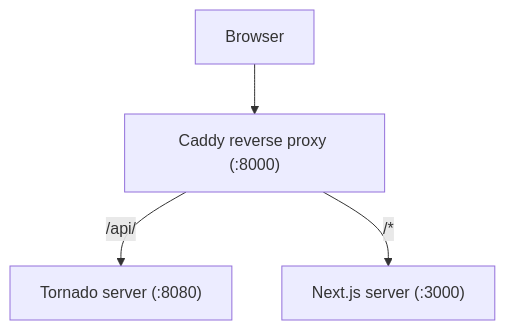
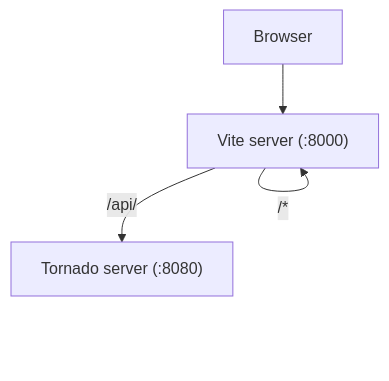
The first of 2 diagrams in app/README.md (ymyzk/mypy-playground), drawn with Mermaid before and after one commit. The commit also changed other lines of this file and 2 other files, not shown here.

Commit message:
Update documentation on request routing

````diff
--- a/app/README.md
+++ b/app/README.md
@@ -6,10 +6,9 @@
 ```mermaid
 graph TD
-    Caddy["Caddy reverse proxy (:8000)"]
-    Next["Next.js server (:3000)"]
+    Vite["Vite server (:8000)"]
     Tornado["Tornado server (:8080)"]
 
-    Browser --> Caddy
-    Caddy -->|/api/| Tornado
-    Caddy -->|/*| Next
+    Browser --> Vite
+    Vite -->|/api/| Tornado
+    Vite -->|/*| Vite
 ```
````
